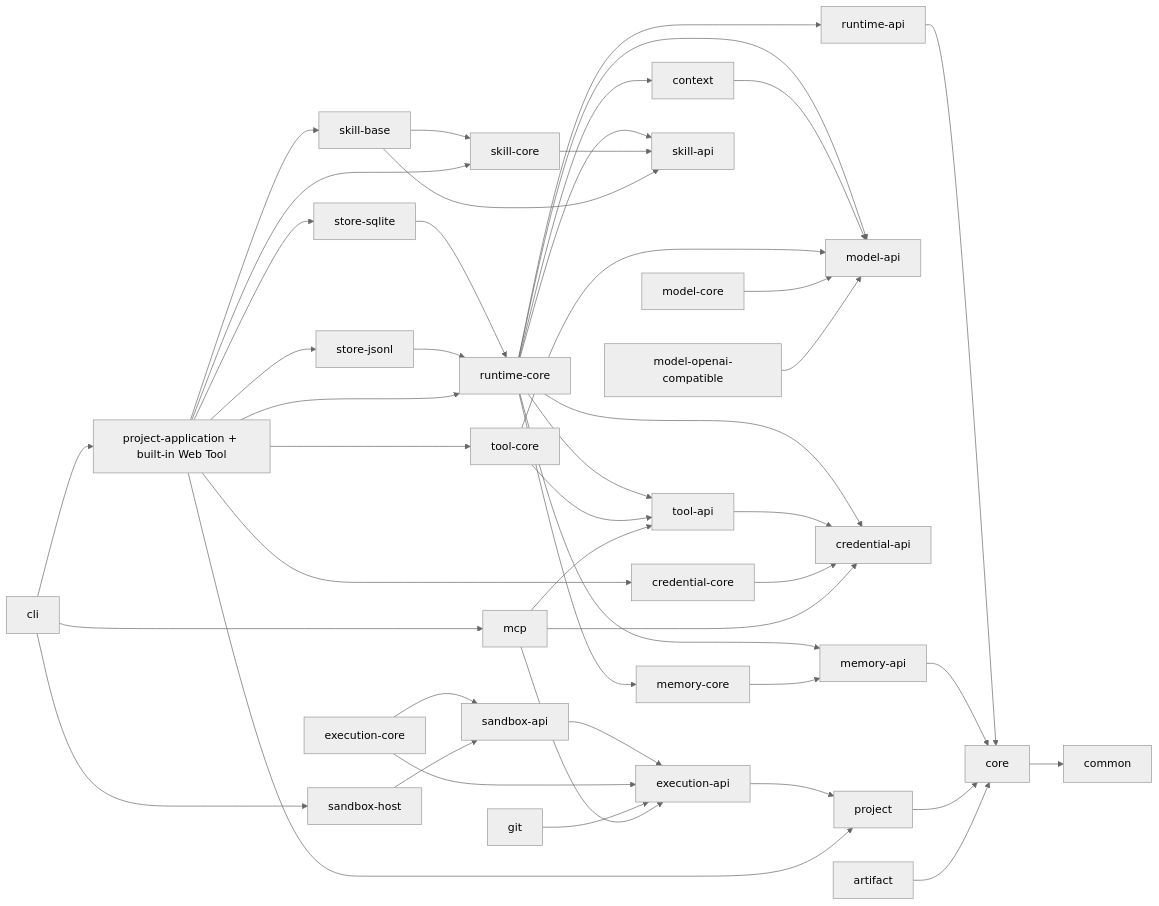
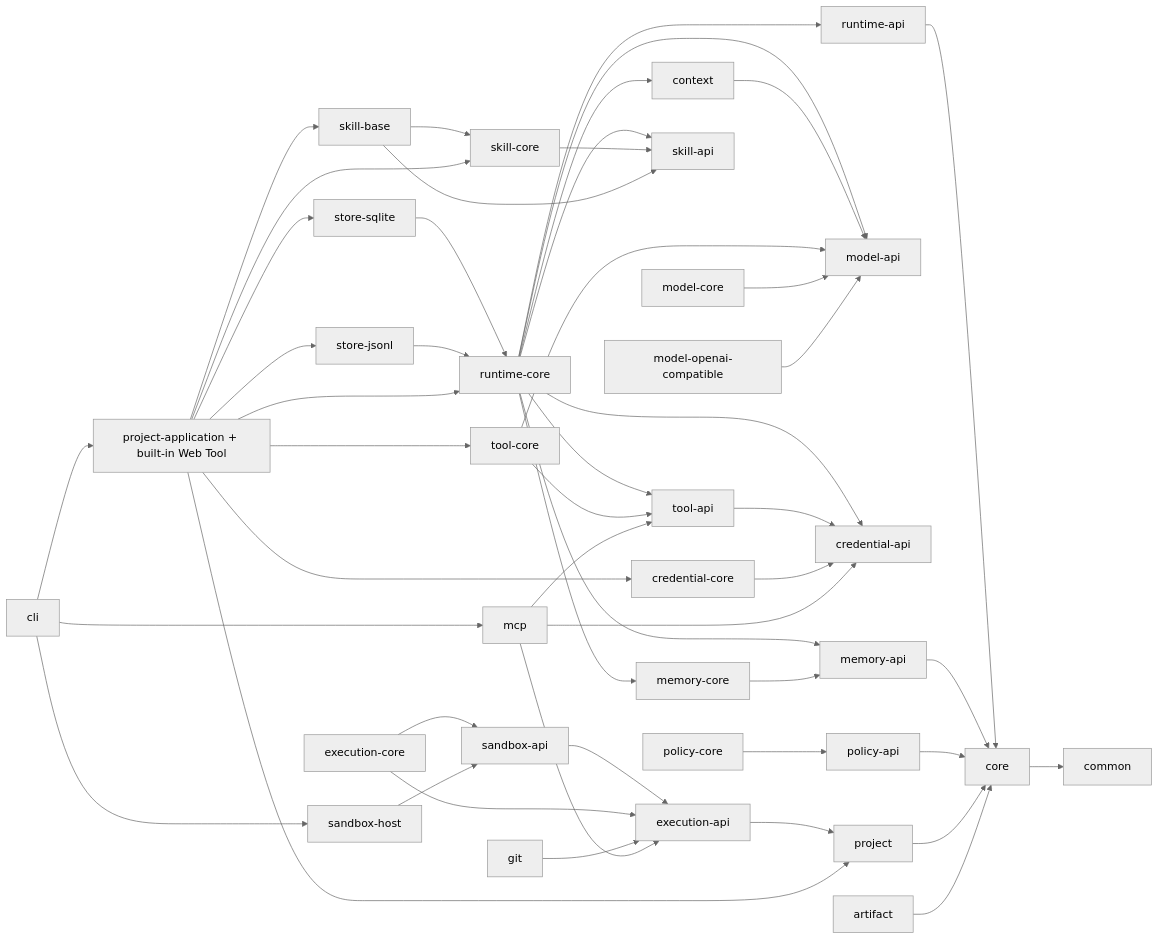
Before and after one commit to haifa-agent/haifa-agent: the diagram in README.md, drawn with Mermaid (neutral theme). The commit also changed other lines of this file and 66 other files, not shown here.

Commit message:
feat: add policy contracts and core

````diff
--- a/README.md
+++ b/README.md
@@ -67,49 +71,51 @@
 ```mermaid
 flowchart LR
   CORE[core] --> COMMON[common]
   RAPI[runtime-api] --> CORE
   RCORE[runtime-core] --> RAPI
   RCORE --> MAPI[model-api]
   RCORE --> TAPI[tool-api]
   RCORE --> CAPI[credential-api]
   RCORE --> CTX[context]
   RCORE --> MEMAPI[memory-api]
   RCORE --> MEMCORE[memory-core]
   RCORE --> SKAPI[skill-api]
   CTX --> MAPI
   TAPI --> CAPI
   TCORE[tool-core] --> TAPI
   TCORE --> MAPI
   CCORE[credential-core] --> CAPI
   MCORE[model-core] --> MAPI
   MEMAPI --> CORE
   MEMCORE --> MEMAPI
+  PAPI[policy-api] --> CORE
+  PCORE[policy-core] --> PAPI
   SKCORE[skill-core] --> SKAPI
   SKBASE[skill-base] --> SKAPI
   SKBASE --> SKCORE
   PROJECT[project] --> CORE
   ARTIFACT[artifact] --> CORE
   EAPI[execution-api] --> PROJECT
   SAPI[sandbox-api] --> EAPI
   ECORE[execution-core] --> EAPI
   ECORE --> SAPI
   SHOST[sandbox-host] --> SAPI
   GIT[git] --> EAPI
   MCP[mcp] --> TAPI
   MCP --> CAPI
   MCP --> EAPI
   OAI[model-openai-compatible] --> MAPI
   SQLITE[store-sqlite] --> RCORE
   JSONL[store-jsonl] --> RCORE
   PAPP[project-application + built-in Web Tool] --> RCORE
   PAPP --> SQLITE
   PAPP --> JSONL
   PAPP --> PROJECT
   PAPP --> TCORE
   PAPP --> CCORE
   PAPP --> SKCORE
   PAPP --> SKBASE
   CLI[cli] --> PAPP
   CLI --> MCP
   CLI --> SHOST
 ```
````
